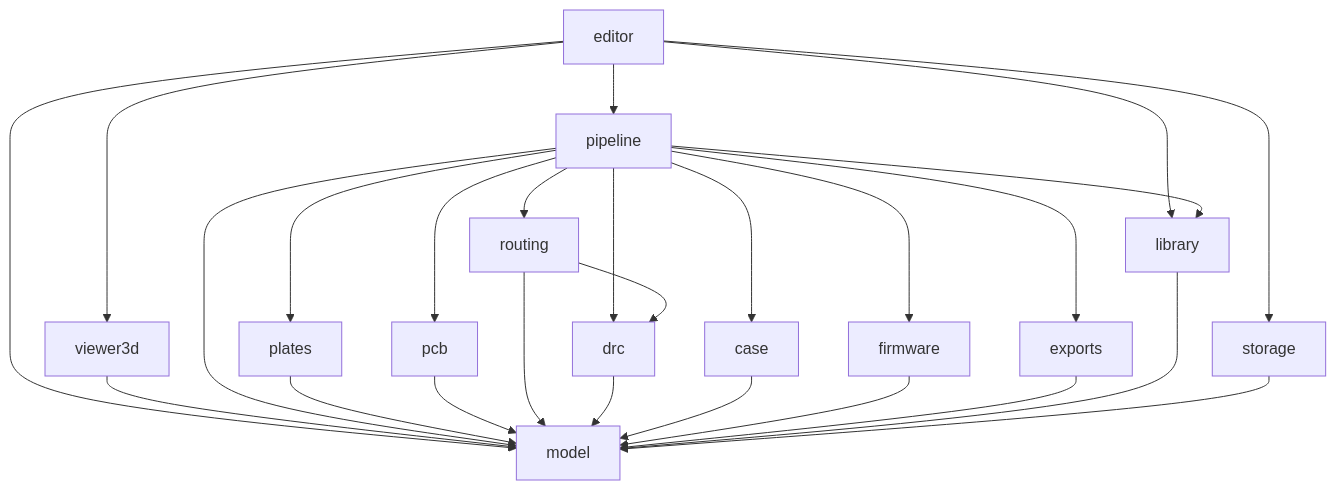
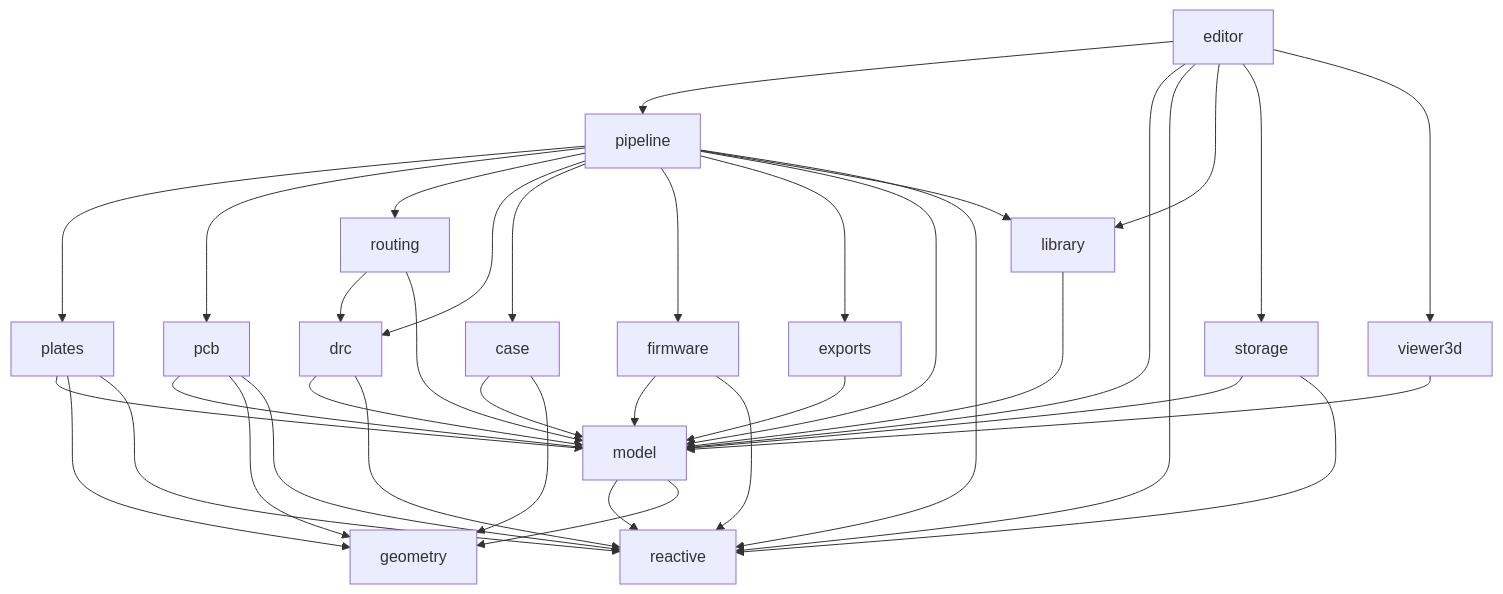
The second of 3 diagrams in _bmad-output/architecture-keeb-cad-layout-model/architecture-keeb-cad-layout-model.md (KeebCAD/keeb-cad), drawn with Mermaid before and after one commit. The commit also changed other lines of this file and 6 other files, not shown here.

Commit message:
docs: folds the 2026-10-30 directions and code decisions into the architecture spine, with reactive and geometry packages, pieces and solids, recipes with inputs and outputs, and open items in an Open Questions table

````diff
--- a/_bmad-output/architecture-keeb-cad-layout-model/architecture-keeb-cad-layout-model.md
+++ b/_bmad-output/architecture-keeb-cad-layout-model/architecture-keeb-cad-layout-model.md
@@ -248,22 +280,30 @@
 ```mermaid
 graph TD
   editor --> pipeline
   editor --> model
+  editor --> reactive
   editor --> library
   editor --> storage
   editor --> viewer3d
   viewer3d --> model
   pipeline --> plates & pcb & routing & drc & case & firmware & exports
   pipeline --> model
   pipeline --> library
   routing --> drc
   plates --> model
   pcb --> model
   routing --> model
   drc --> model
   case --> model
   firmware --> model
   exports --> model
   library --> model
   storage --> model
+  storage --> reactive
+  pipeline --> reactive
+  model --> reactive & geometry
+  plates --> geometry
+  pcb --> geometry
+  case --> geometry
+  plates & pcb & firmware & drc --> reactive
 ```
````
